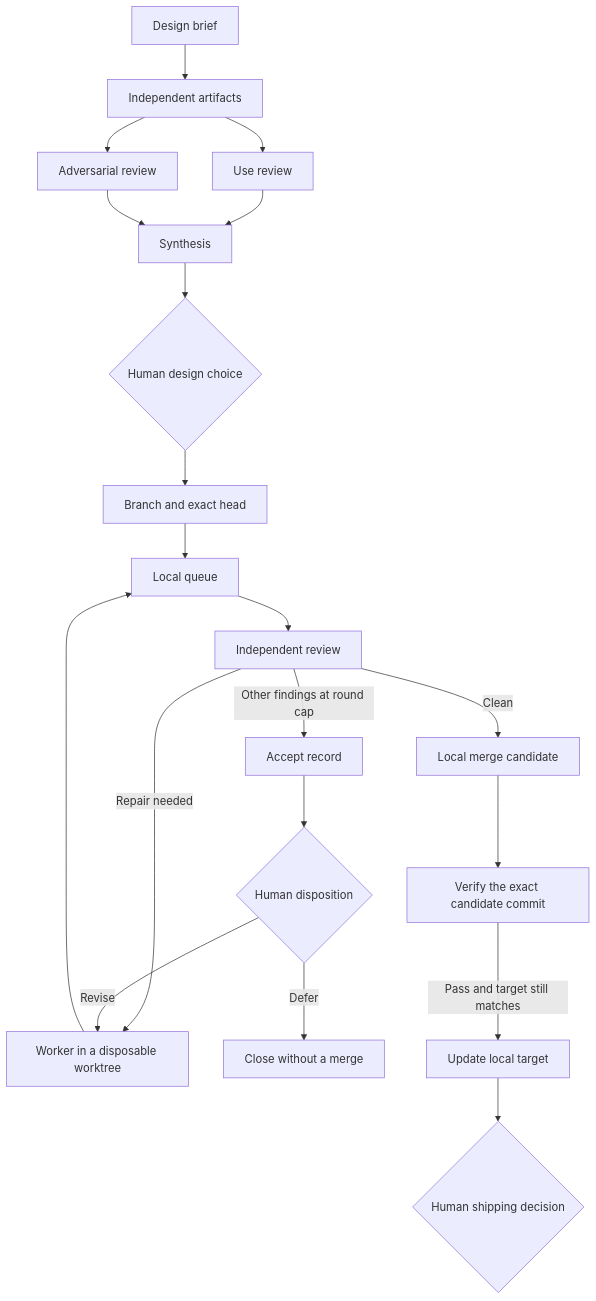
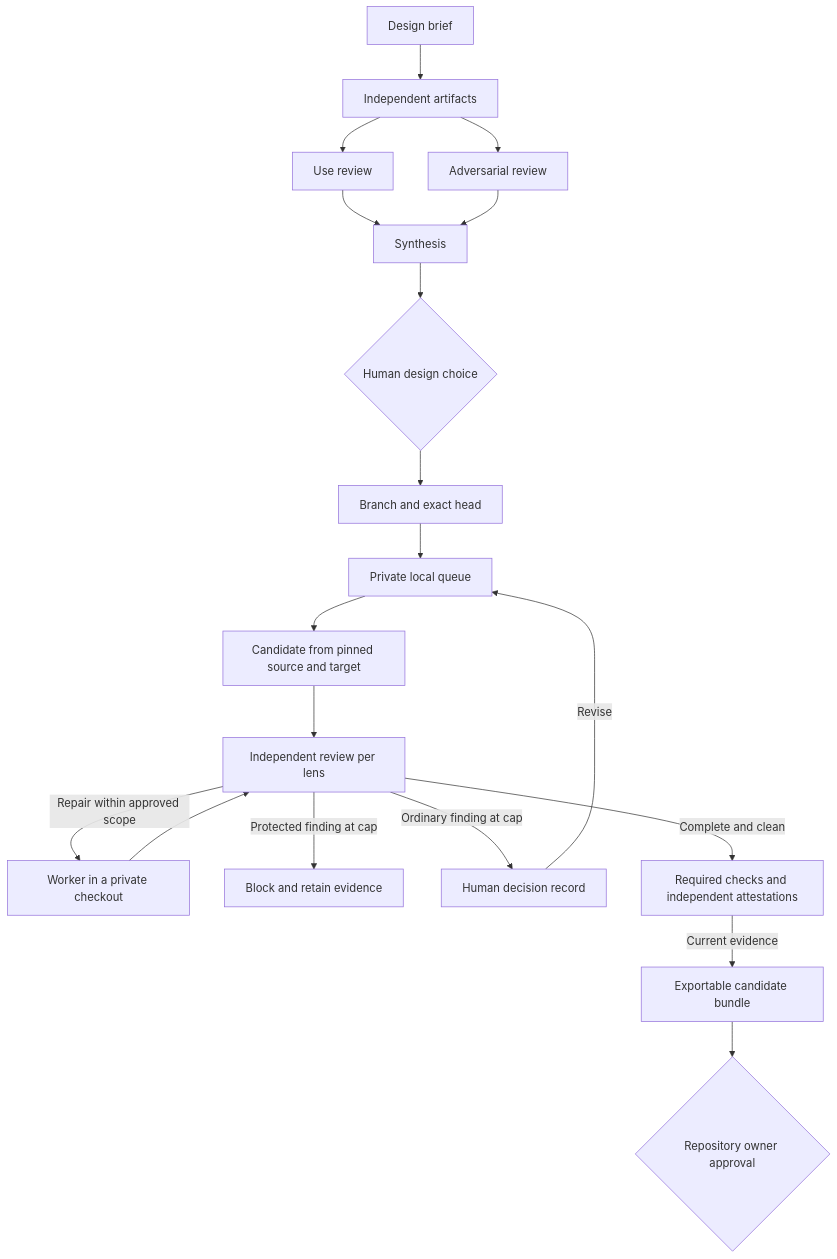
Before and after one commit to JDeun/kevin-agent-kit: the diagram in docs/architecture.md, drawn with Mermaid. The commit also changed other lines of this file and 51 other files, not shown here.

````diff
--- a/docs/architecture.md
+++ b/docs/architecture.md
@@ -8,22 +8,21 @@
 ```mermaid
 flowchart TD
     Brief["Design brief"] --> Alternatives["Independent artifacts"]
     Alternatives --> Use["Use review"]
     Alternatives --> Adversarial["Adversarial review"]
     Use --> Summary["Synthesis"]
     Adversarial --> Summary
     Summary --> Choice{"Human design choice"}
     Choice --> Branch["Branch and exact head"]
-    Branch --> Queue["Local queue"]
-    Queue --> Review["Independent review"]
-    Review -->|Repair needed| Worker["Worker in a disposable worktree"]
-    Worker --> Queue
-    Review -->|Other findings at round cap| Record["Accept record"]
-    Record --> Disposition{"Human disposition"}
-    Disposition -->|Revise| Worker
-    Disposition -->|Defer| Deferred["Close without a merge"]
-    Review -->|Clean| Candidate["Local merge candidate"]
-    Candidate --> Verify["Verify the exact candidate commit"]
-    Verify -->|Pass and target still matches| Target["Update local target"]
-    Target --> Release{"Human shipping decision"}
+    Branch --> Queue["Private local queue"]
+    Queue --> Snapshot["Candidate from pinned source and target"]
+    Snapshot --> Review["Independent review per lens"]
+    Review -->|Repair within approved scope| Worker["Worker in a private checkout"]
+    Worker --> Review
+    Review -->|Protected finding at cap| Blocked["Block and retain evidence"]
+    Review -->|Ordinary finding at cap| Record["Human decision record"]
+    Record -->|Revise| Queue
+    Review -->|Complete and clean| Verify["Required checks and independent attestations"]
+    Verify -->|Current evidence| Bundle["Exportable candidate bundle"]
+    Bundle --> Release{"Repository owner approval"}
 ```
````
